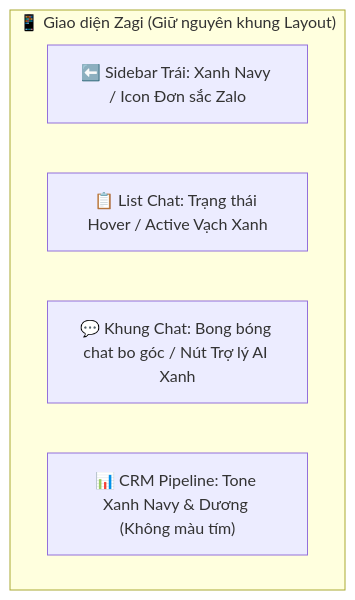
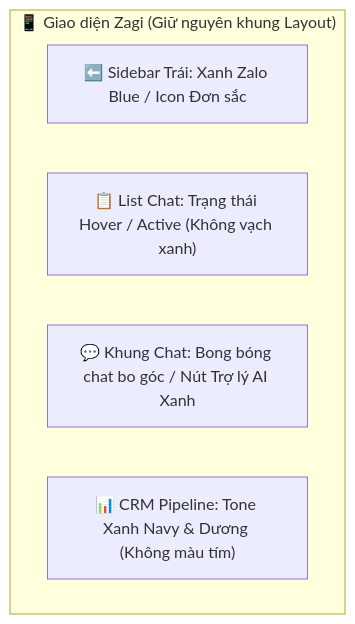
The diagram in docs/zagi_design_system.md (trithucnen-max/zagi-builder), drawn with Mermaid before and after one commit. The commit also changed other lines of this file and 40 other files, not shown here.

````diff
--- a/docs/zagi_design_system.md
+++ b/docs/zagi_design_system.md
@@ -93,9 +105,9 @@
 ```mermaid
 graph TD
     subgraph AppShell["📱 Giao diện Zagi (Giữ nguyên khung Layout)"]
-        Sidebar["⬅️ Sidebar Trái: Xanh Navy / Icon Đơn sắc Zalo"]
-        ConvList["📋 List Chat: Trạng thái Hover / Active Vạch Xanh"]
+        Sidebar["⬅️ Sidebar Trái: Xanh Zalo Blue / Icon Đơn sắc"]
+        ConvList["📋 List Chat: Trạng thái Hover / Active (Không vạch xanh)"]
         ChatWindow["💬 Khung Chat: Bong bóng chat bo góc / Nút Trợ lý AI Xanh"]
         CRM_Kanban["📊 CRM Pipeline: Tone Xanh Navy & Dương (Không màu tím)"]
     end
 ```
````
